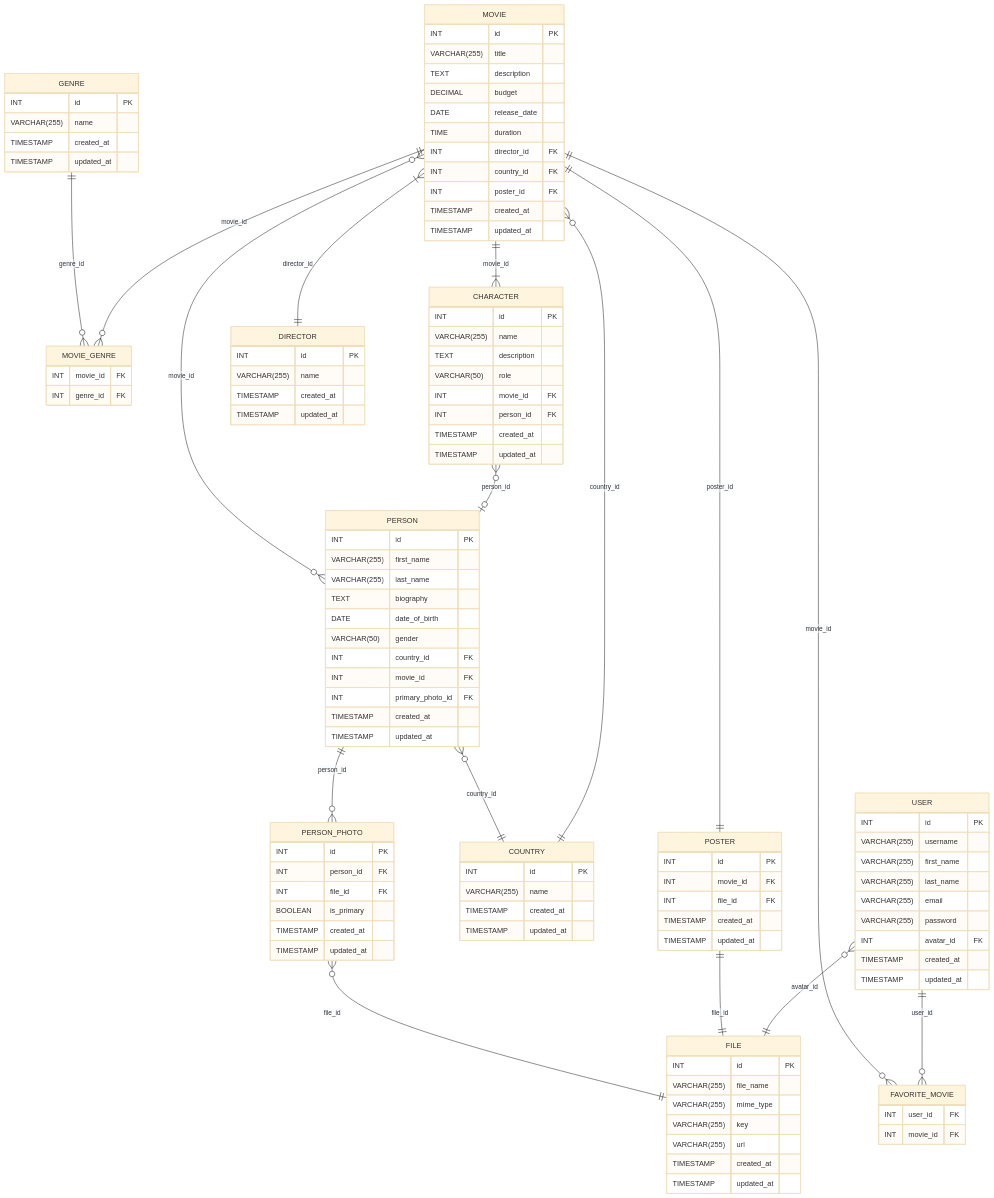
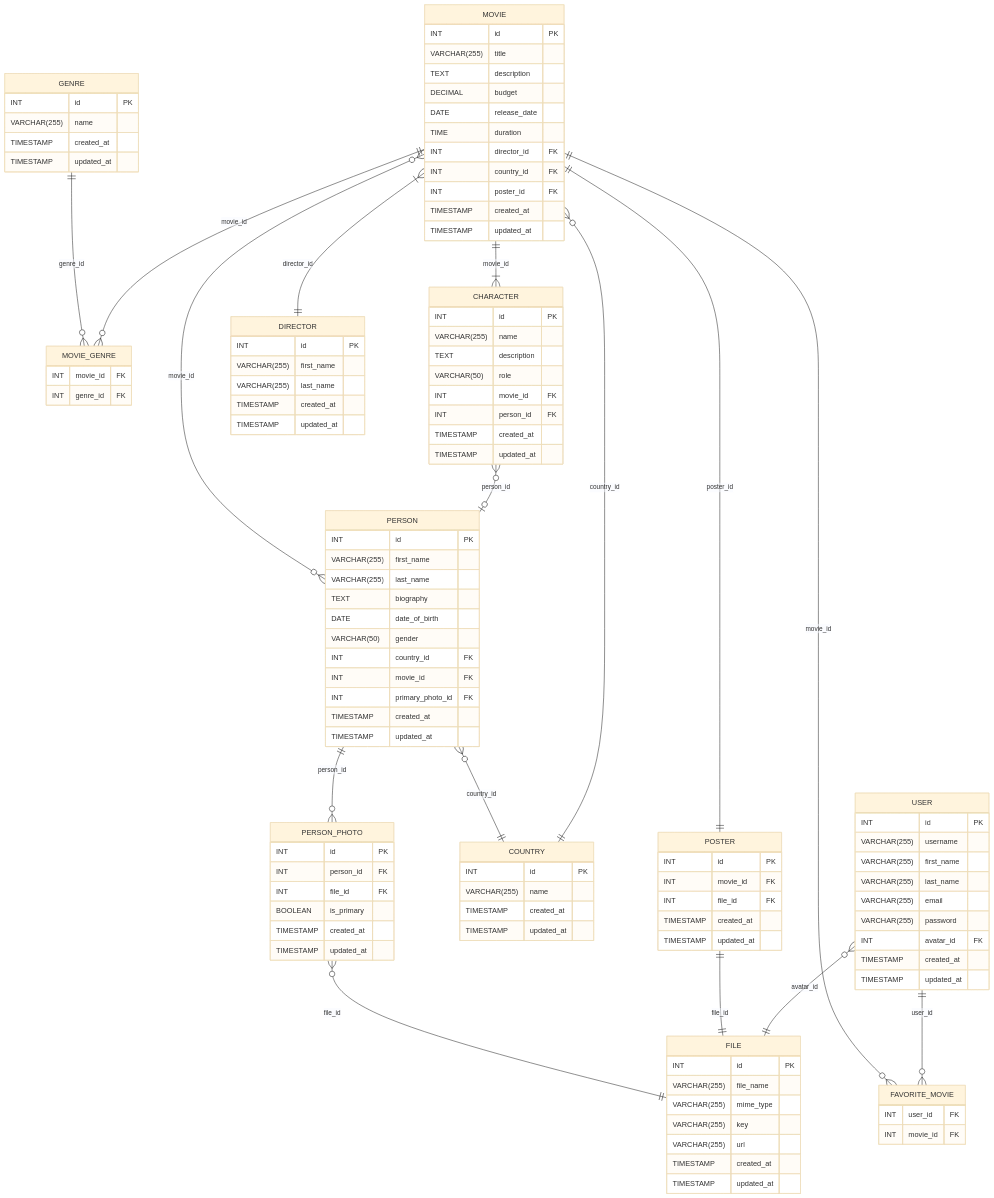
One commit to Vlad-2109/bsa-sql changed the diagram in README.md. Above: the diagram before and after it, drawn with Mermaid (base theme).

```diff
--- a/README.md
+++ b/README.md
@@ -95,7 +95,8 @@
 
         DIRECTOR {
             INT id PK
-            VARCHAR(255) name
+            VARCHAR(255) first_name
+            VARCHAR(255) last_name
             TIMESTAMP created_at
             TIMESTAMP updated_at
         }
```
